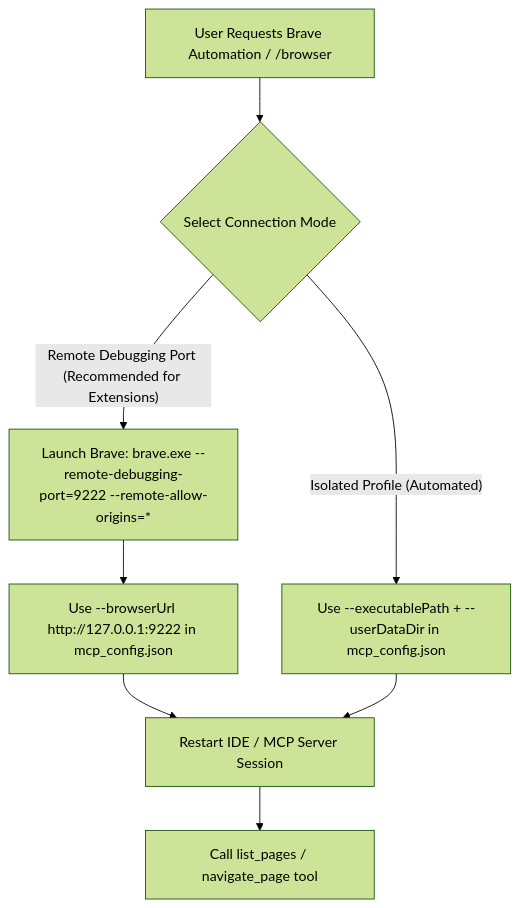
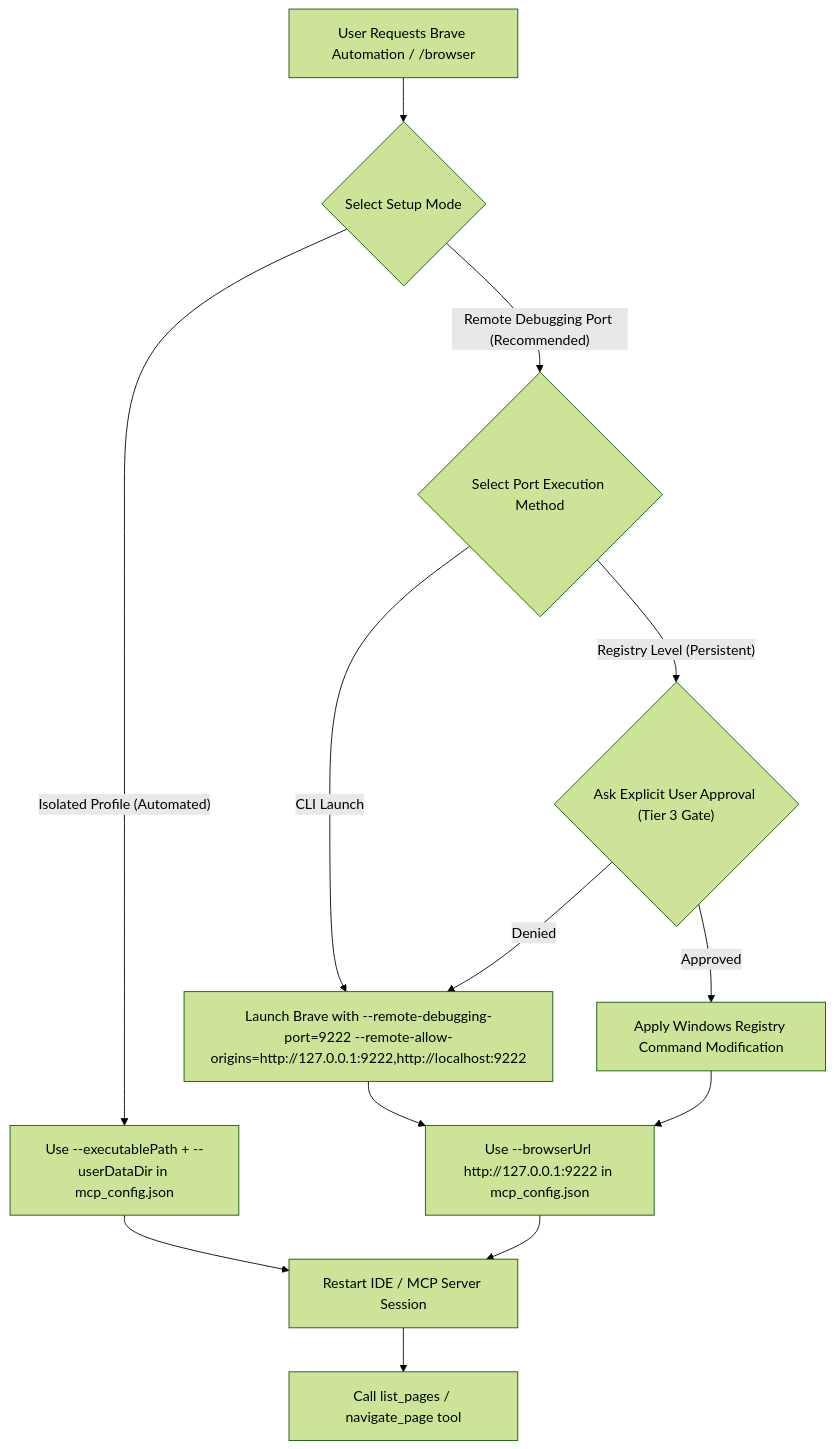
One commit to loerei/myskills changed the diagram in productivity/brave-browsing/SKILL.md. Above: the diagram before and after it, drawn with Mermaid (forest theme). The commit also changed other lines of this file, not shown here.

Commit message:
docs(brave-browsing): update SKILL.md with secure origins and Registry Tier 3 gate instructions

````diff
--- a/productivity/brave-browsing/SKILL.md
+++ b/productivity/brave-browsing/SKILL.md
@@ -36,13 +36,18 @@
 ```mermaid
 flowchart TD
-    Start["User Requests Brave Automation / /browser"] --> Strategy{"Select Connection Mode"}
+    Start["User Requests Brave Automation / /browser"] --> Strategy{"Select Setup Mode"}
     
-    Strategy -->|"Remote Debugging Port (Recommended for Extensions)"| StartBravePort["Launch Brave: brave.exe --remote-debugging-port=9222 --remote-allow-origins=*"]
-    StartBravePort --> ConnectPort["Use --browserUrl http://127.0.0.1:9222 in mcp_config.json"]
+    Strategy -->|"Remote Debugging Port (Recommended)"| CheckMode{"Select Port Execution Method"}
+    CheckMode -->|"CLI Launch"| StartBravePort["Launch Brave with --remote-debugging-port=9222 --remote-allow-origins=http://127.0.0.1:9222,http://localhost:9222"]
+    CheckMode -->|"Registry Level (Persistent)"| RegGate{"Ask Explicit User Approval (Tier 3 Gate)"}
+    RegGate -->|"Approved"| ApplyReg["Apply Windows Registry Command Modification"]
+    RegGate -->|"Denied"| StartBravePort
     
     Strategy -->|"Isolated Profile (Automated)"| LaunchExecPath["Use --executablePath + --userDataDir in mcp_config.json"]
     
-    ConnectPort --> RestartMCP["Restart IDE / MCP Server Session"]
-    LaunchExecPath --> RestartMCP
+    StartBravePort --> ConnectPort["Use --browserUrl http://127.0.0.1:9222 in mcp_config.json"]
+    ApplyReg --> ConnectPort
+    LaunchExecPath --> RestartMCP["Restart IDE / MCP Server Session"]
+    ConnectPort --> RestartMCP
     RestartMCP --> Verify["Call list_pages / navigate_page tool"]
 ```
````
